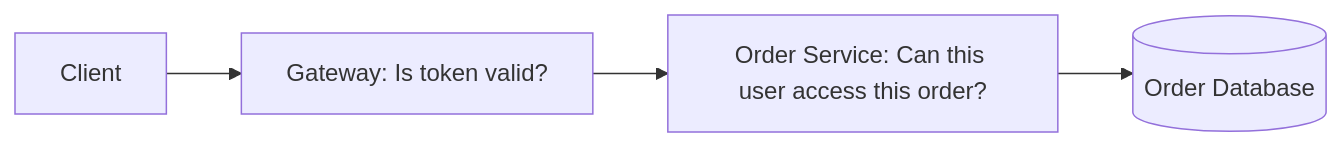
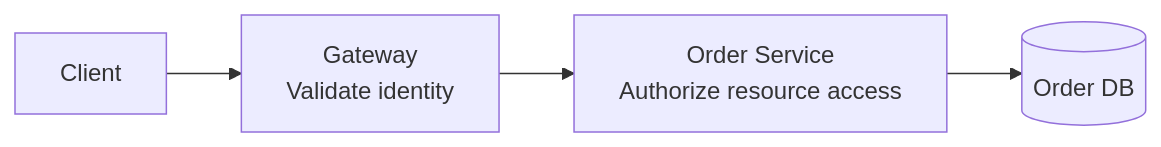
Before and after one commit to AvadhBhalodiya/Interview-Preparation: the sixth of 10 diagrams in src/content/system-design/api-gateway.md, drawn with Mermaid. The commit also changed other lines of this file and 54 other files, not shown here.

````diff
--- a/src/content/system-design/api-gateway.md
+++ b/src/content/system-design/api-gateway.md
@@ -432,6 +449,6 @@
 ```mermaid
 flowchart LR
-    C[Client] --> G[Gateway: Is token valid?]
-    G --> S[Order Service: Can this user access this order?]
-    S --> DB[(Order Database)]
+    C[Client] --> G[Gateway<br/>Validate identity]
+    G --> S[Order Service<br/>Authorize resource access]
+    S --> DB[(Order DB)]
 ```
````
